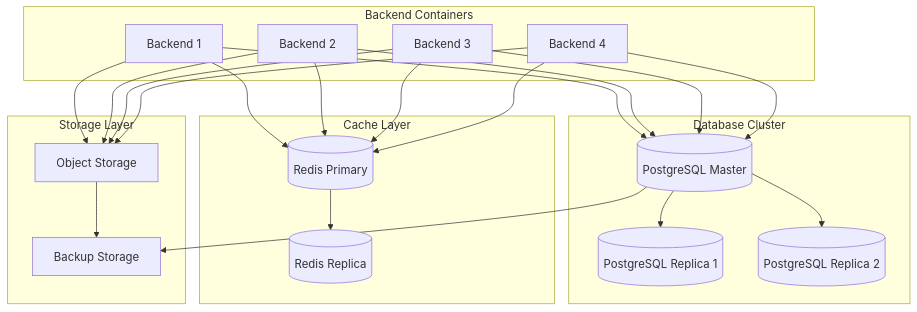
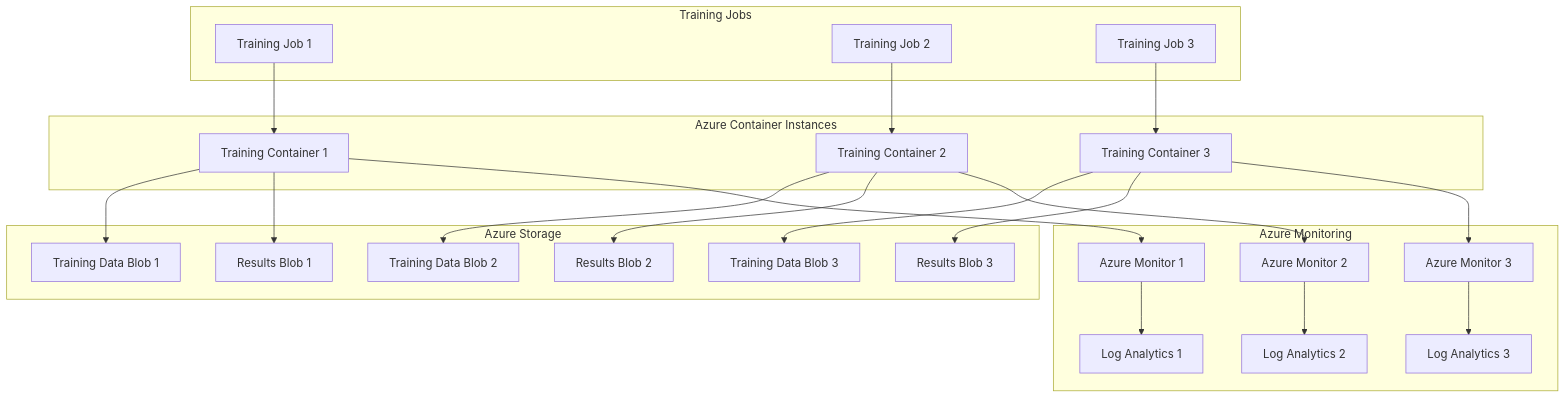
One commit to gitmujoshi/Confidential-AI-Network changed the ninth of 12 diagrams in UML_4PLUS1_ARCHITECTURE_DOCUMENTATION.md. Above: the diagram before and after it, drawn with Mermaid. The commit also changed other lines of this file and 2 other files, not shown here.

First line of the commit message:
docs: Update architecture documentation with Azure integration features

````diff
--- a/UML_4PLUS1_ARCHITECTURE_DOCUMENTATION.md
+++ b/UML_4PLUS1_ARCHITECTURE_DOCUMENTATION.md
@@ -784,48 +625,52 @@
 ```mermaid
 graph TB
-    subgraph "Backend Containers"
-        BE1[Backend 1]
-        BE2[Backend 2]
-        BE3[Backend 3]
-        BE4[Backend 4]
+    subgraph "Training Jobs"
+        Job1[Training Job 1]
+        Job2[Training Job 2]
+        Job3[Training Job 3]
     end
     
-    subgraph "Database Cluster"
-        DB_MASTER[(PostgreSQL Master)]
-        DB_REPLICA1[(PostgreSQL Replica 1)]
-        DB_REPLICA2[(PostgreSQL Replica 2)]
+    subgraph "Azure Container Instances"
+        Container1[Training Container 1]
+        Container2[Training Container 2]
+        Container3[Training Container 3]
     end
     
-    subgraph "Cache Layer"
-        Redis1[(Redis Primary)]
-        Redis2[(Redis Replica)]
+    subgraph "Azure Storage"
+        Blob1[Training Data Blob 1]
+        Blob2[Training Data Blob 2]
+        Blob3[Training Data Blob 3]
+        Results1[Results Blob 1]
+        Results2[Results Blob 2]
+        Results3[Results Blob 3]
     end
     
-    subgraph "Storage Layer"
-        S3[Object Storage]
-        Backup[Backup Storage]
+    subgraph "Azure Monitoring"
+        Monitor1[Azure Monitor 1]
+        Monitor2[Azure Monitor 2]
+        Monitor3[Azure Monitor 3]
+        Logs1[Log Analytics 1]
+        Logs2[Log Analytics 2]
+        Logs3[Log Analytics 3]
     end
     
-    BE1 --> DB_MASTER
-    BE2 --> DB_MASTER
-    BE3 --> DB_MASTER
-    BE4 --> DB_MASTER
+    Job1 --> Container1
+    Job2 --> Container2
+    Job3 --> Container3
     
-    DB_MASTER --> DB_REPLICA1
-    DB_MASTER --> DB_REPLICA2
+    Container1 --> Blob1
+    Container2 --> Blob2
+    Container3 --> Blob3
     
-    BE1 --> Redis1
-    BE2 --> Redis1
-    BE3 --> Redis1
-    BE4 --> Redis1
+    Container1 --> Results1
+    Container2 --> Results2
+    Container3 --> Results3
     
-    Redis1 --> Redis2
+    Container1 --> Monitor1
+    Container2 --> Monitor2
+    Container3 --> Monitor3
     
-    BE1 --> S3
-    BE2 --> S3
-    BE3 --> S3
-    BE4 --> S3
-    
-    DB_MASTER --> Backup
-    S3 --> Backup
+    Monitor1 --> Logs1
+    Monitor2 --> Logs2
+    Monitor3 --> Logs3
 ```
````
